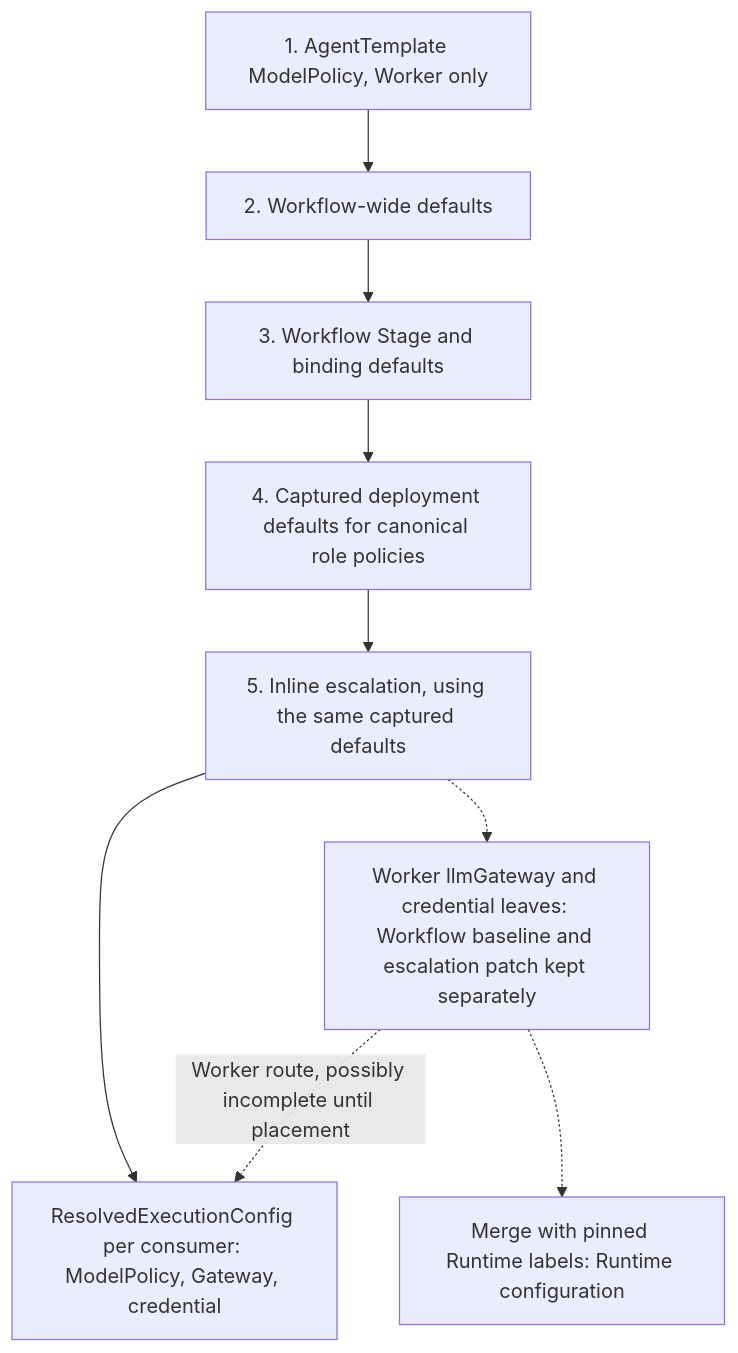
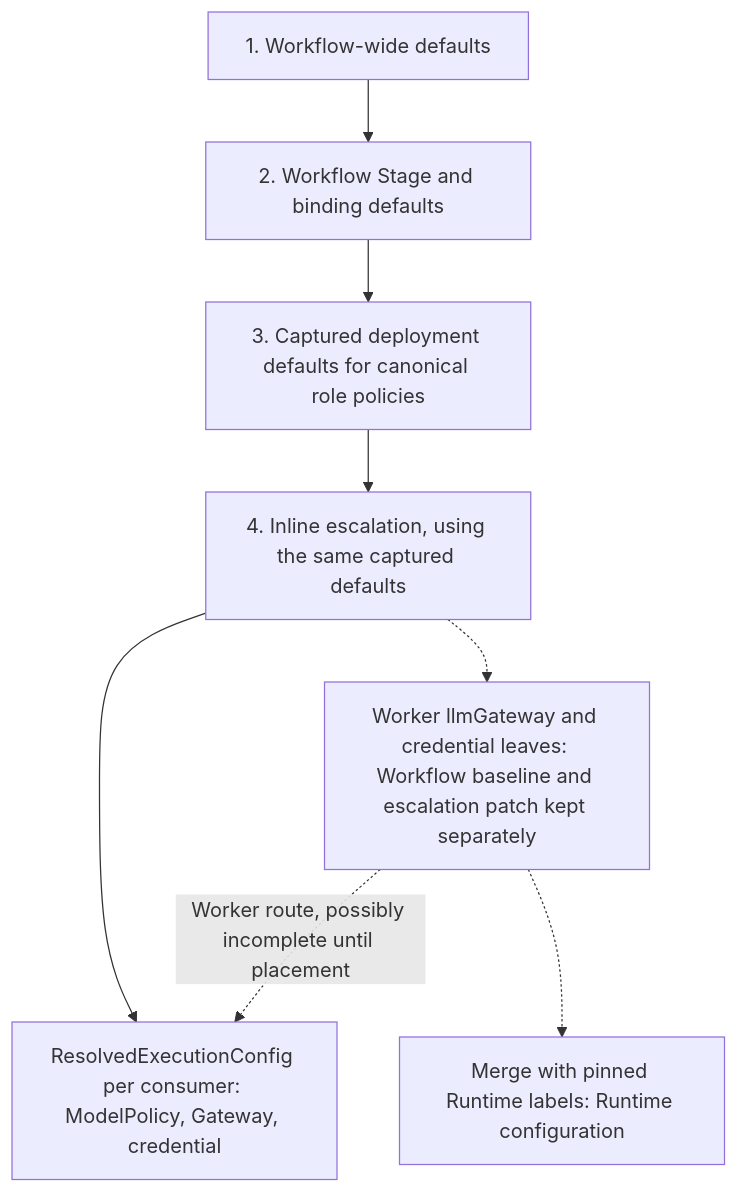
One commit to grauwolf32/contractor changed the second of 2 diagrams in docs/spec/configuration/agent-templates.md. Above: the diagram before and after it, drawn with Mermaid. The commit also changed other lines of this file and 292 other files, not shown here.

````diff
--- a/docs/spec/configuration/agent-templates.md
+++ b/docs/spec/configuration/agent-templates.md
@@ -195,11 +191,10 @@
 ```mermaid
 flowchart TB
-    L1["1. AgentTemplate ModelPolicy, Worker only"] --> L2["2. Workflow-wide defaults"]
-    L2 --> L3["3. Workflow Stage and binding defaults"]
-    L3 --> L4["4. Captured deployment defaults for canonical role policies"]
-    L4 --> L6["5. Inline escalation, using the same captured defaults"]
+    L2["1. Workflow-wide defaults"] --> L3["2. Workflow Stage and binding defaults"]
+    L3 --> L4["3. Captured deployment defaults for canonical role policies"]
+    L4 --> L6["4. Inline escalation, using the same captured defaults"]
     L6 --> R["ResolvedExecutionConfig per consumer: ModelPolicy, Gateway, credential"]
     L6 -.-> P["Worker llmGateway and credential leaves: Workflow baseline and escalation patch kept separately"]
     P -.->|"Worker route, possibly incomplete until placement"| R
     P -.-> M["Merge with pinned Runtime labels: Runtime configuration"]
 ```
````
